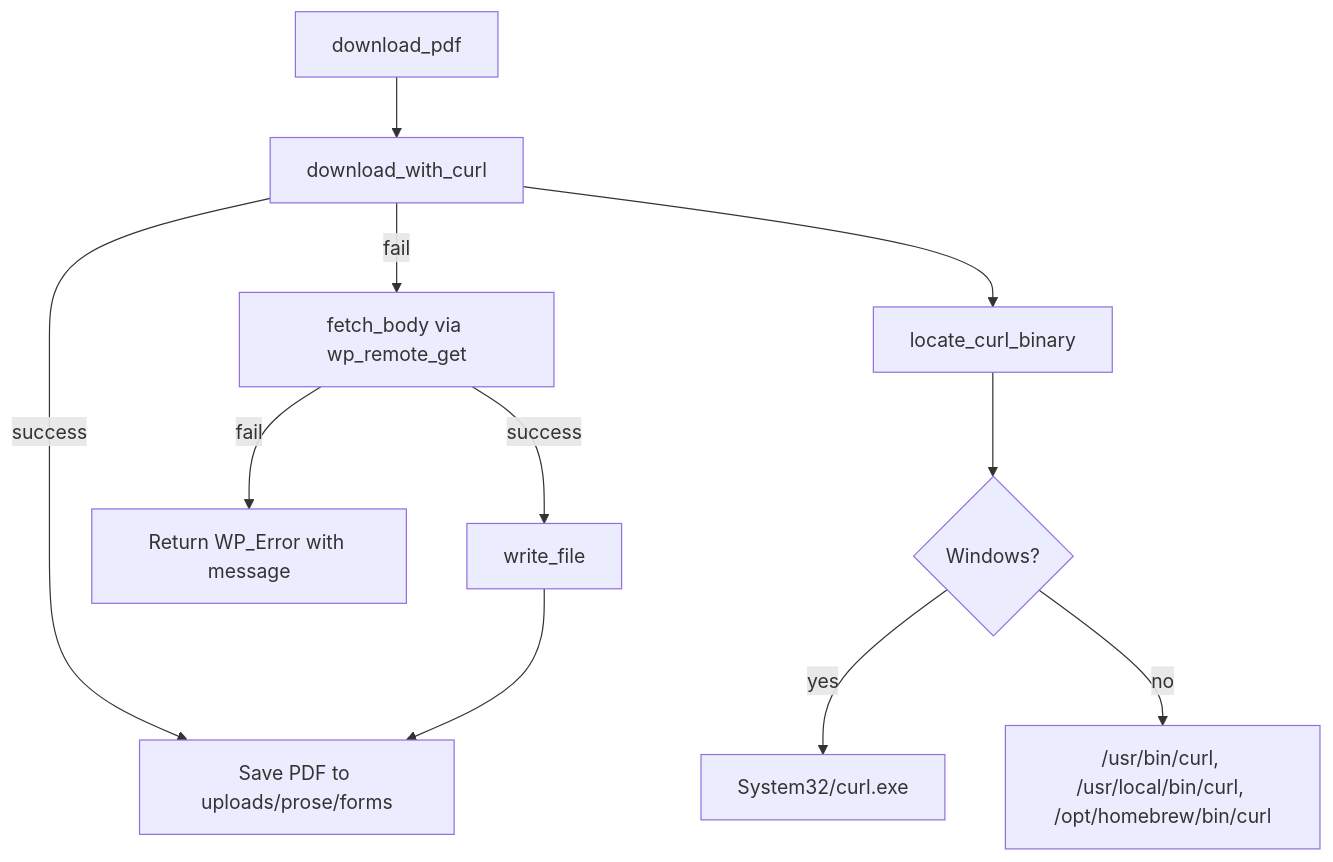
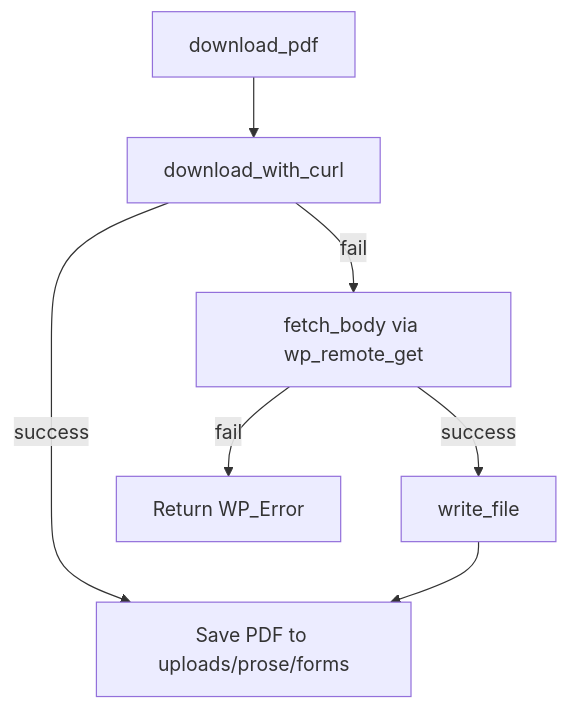
The diagram in public/wp-content/plugins/prose-core/README.md (danhthong/ProseNY), drawn with Mermaid before and after one commit. The commit also changed other lines of this file and 4 other files, not shown here.

````diff
--- a/public/wp-content/plugins/prose-core/README.md
+++ b/public/wp-content/plugins/prose-core/README.md
@@ -233,14 +206,9 @@
 ```mermaid
 flowchart TD
     start[download_pdf] --> curlTry[download_with_curl]
     curlTry -->|success| done[Save PDF to uploads/prose/forms]
     curlTry -->|fail| wpTry[fetch_body via wp_remote_get]
     wpTry -->|success| writeFile[write_file]
     writeFile --> done
-    wpTry -->|fail| error[Return WP_Error with message]
-
-    curlTry --> locate[locate_curl_binary]
-    locate --> win{Windows?}
-    win -->|yes| winPaths["System32/curl.exe"]
-    win -->|no| unixPaths["/usr/bin/curl, /usr/local/bin/curl, /opt/homebrew/bin/curl"]
+    wpTry -->|fail| error[Return WP_Error]
 ```
````
